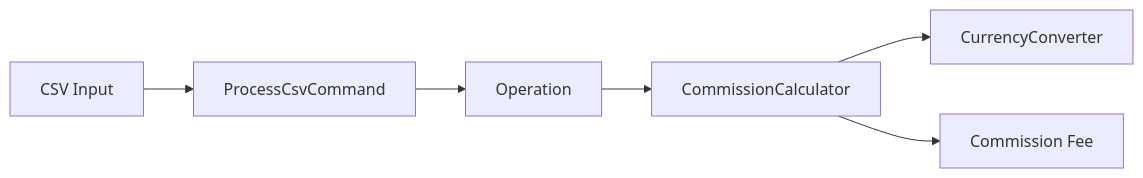
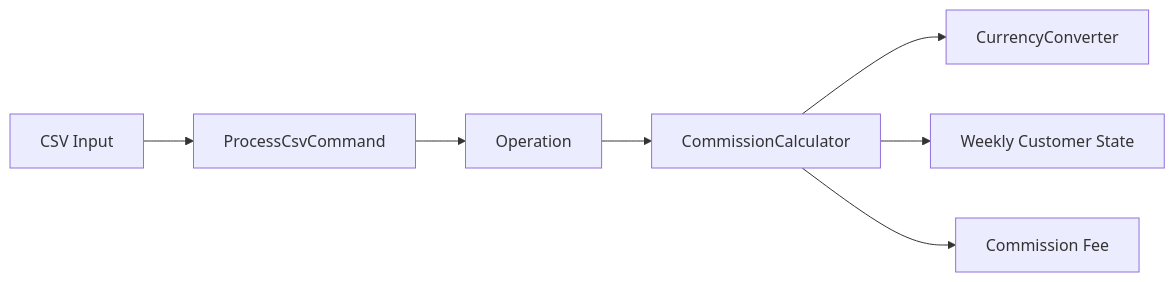
Before and after one commit to DagemawiDeveloper/CommissionApp-Dagemawi: the diagram in README.md, drawn with Mermaid. The commit also changed other lines of this file, not shown here.

````diff
--- a/README.md
+++ b/README.md
@@ -31,8 +41,9 @@
 ```mermaid
 flowchart LR
     CSV[CSV Input] --> CMD[ProcessCsvCommand]
     CMD --> OP[Operation]
     OP --> CALC[CommissionCalculator]
     CALC --> FX[CurrencyConverter]
+    CALC --> STATE[Weekly Customer State]
     CALC --> RESULT[Commission Fee]
 ```
````
